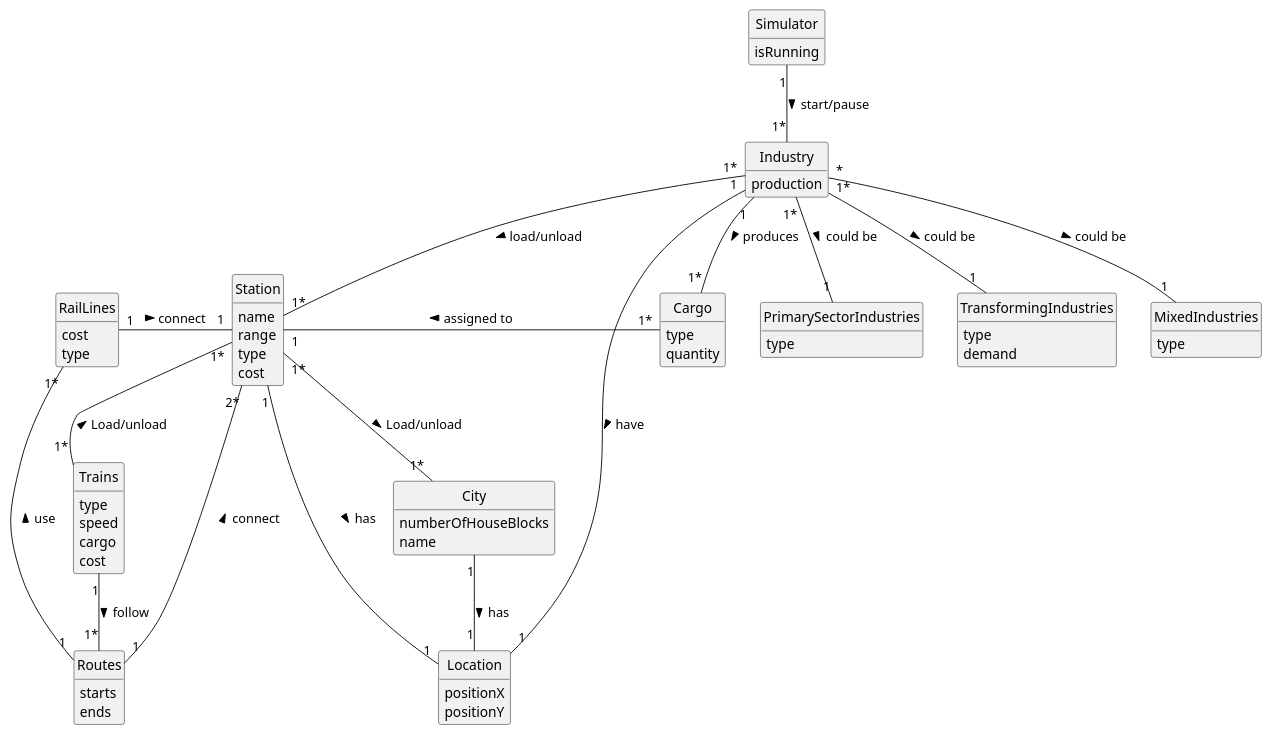
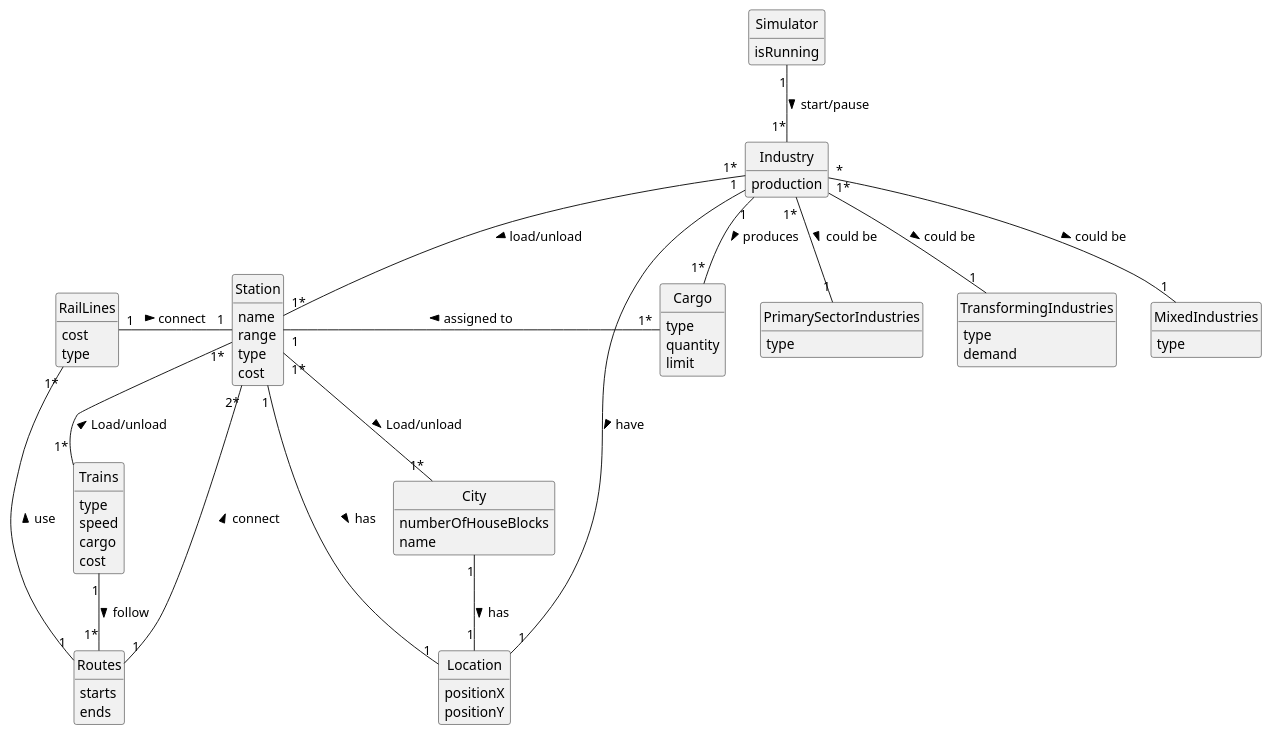
The diagram in docs/system-documentation/US012/02.analysis/puml/US012-DM.puml (1240826/empire-on-tracks), drawn with PlantUML before and after one commit. The commit also changed 3 other files, not shown here.

```diff
--- a/docs/system-documentation/US012/02.analysis/puml/US012-DM.puml
+++ b/docs/system-documentation/US012/02.analysis/puml/US012-DM.puml
@@ -1,85 +1,86 @@
 @startuml
 skinparam monochrome true
 skinparam packageStyle rectangle
 skinparam shadowing false
 skinparam classAttributeIconSize 0
 hide circle
 hide methods
 
 class Simulator{
 isRunning
 }
 class Industry {
     production
 }
 class PrimarySectorIndustries{
     type
 }
 class TransformingIndustries{
     type
     demand
 }
 class MixedIndustries{
     type
 }
 class Station {
     name
     range
     type
     cost
 }
 
 class Cargo {
     type
     quantity
+    limit
 }
 
 class RailLines{
 cost
 type
 }
 
 class Location{
     positionX
     positionY
 }
 
 
 class City {
     numberOfHouseBlocks
     name
 }
 
 class Trains{
      type
      speed
      cargo
      cost
 }
 
 class Routes{
     starts
     ends
 }
 
 Simulator "1" -- "1*" Industry : start/pause >
 
 Industry "1*" -- "1" PrimarySectorIndustries : could be >
 Industry "1*" -- "1" TransformingIndustries : could be >
 Industry "*" -- "1" MixedIndustries : could be >
 Industry "1" -- "1*" Cargo : produces >
 Industry "1*" -- "1*" Station : load/unload >
 Industry "1" - "1" Location : have >
 
 Station "1" - "1*" Cargo : assigned to <
 Station "1" -- "1" Location : has >
 Station "1" -left "1" RailLines : connect <
 Station "1*" -- "1*" Trains : Load/unload <
 Station "1*" -- "1*" City : Load/unload >
 
 Trains "1" -- "1*" Routes : follow >
 
 Routes "1" -- "1*" RailLines : use >
 Routes "1" -- "2*" Station : connect >
 City "1" -- "1" Location : has >
 @enduml
```
